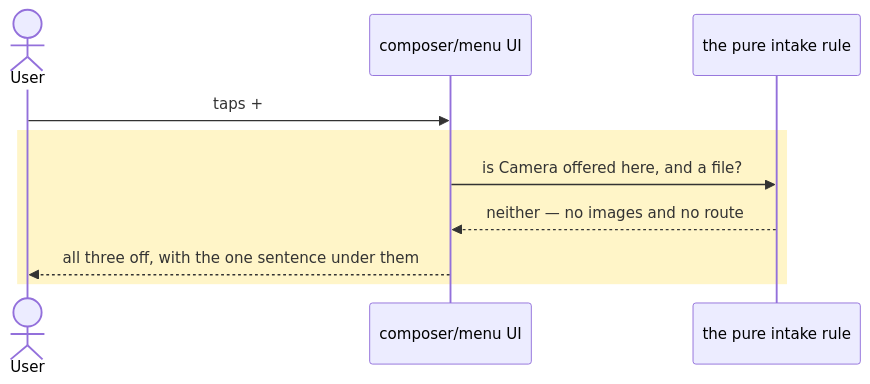
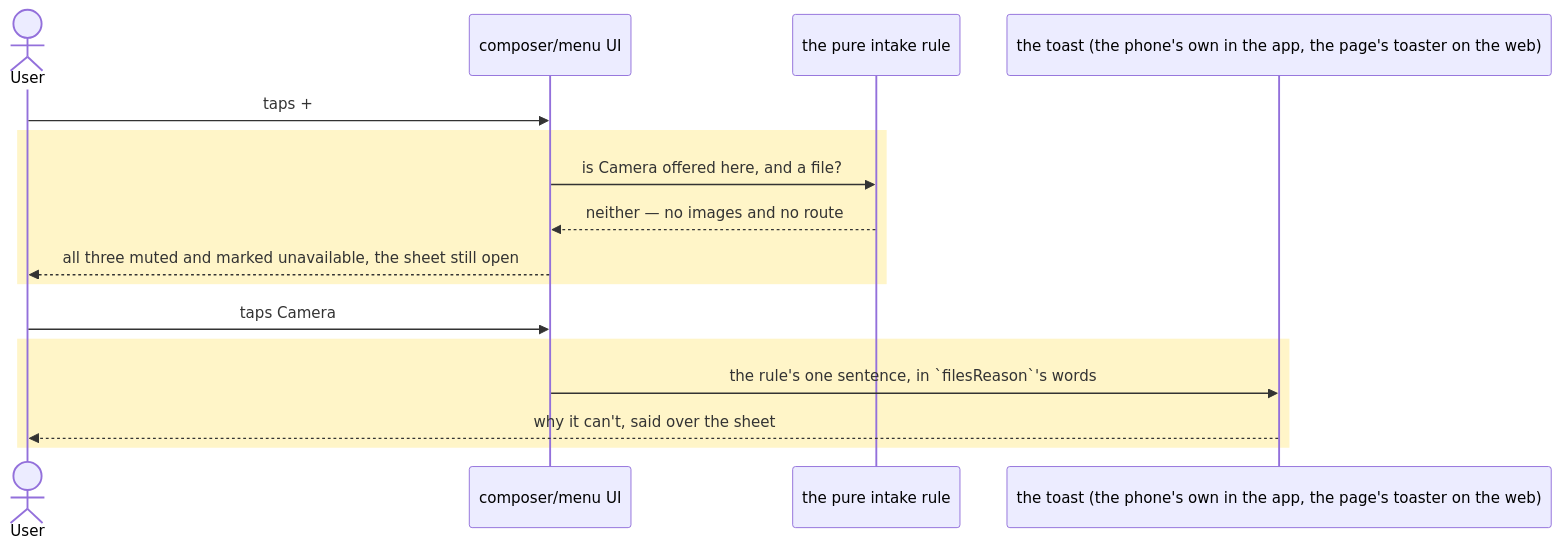
The fourth of 4 diagrams in docs/specs/camera-and-photos-reach-the-agent.md (thehaseebahmed/hermesgots), drawn with Mermaid before and after one commit. The commit also changed other lines of this file and 9 other files, not shown here.

First line of the commit message:
feat(chat): say a refused source's reason in a toast

````diff
--- a/docs/specs/camera-and-photos-reach-the-agent.md
+++ b/docs/specs/camera-and-photos-reach-the-agent.md
@@ -100,12 +102,18 @@
 ```mermaid
 sequenceDiagram
   actor User
   participant Sheet as composer/menu UI
   participant Rule as the pure intake rule
+  participant Toast as the toast (the phone's own in the app, the page's toaster on the web)
   User->>Sheet: taps +
   rect rgb(255, 245, 200)
   Sheet->>Rule: is Camera offered here, and a file?
   Rule-->>Sheet: neither — no images and no route
-  Sheet-->>User: all three off, with the one sentence under them
+  Sheet-->>User: all three muted and marked unavailable, the sheet still open
+  end
+  User->>Sheet: taps Camera
+  rect rgb(255, 245, 200)
+  Sheet->>Toast: the rule's one sentence, in `filesReason`'s words
+  Toast-->>User: why it can't, said over the sheet
   end
 ```
````
